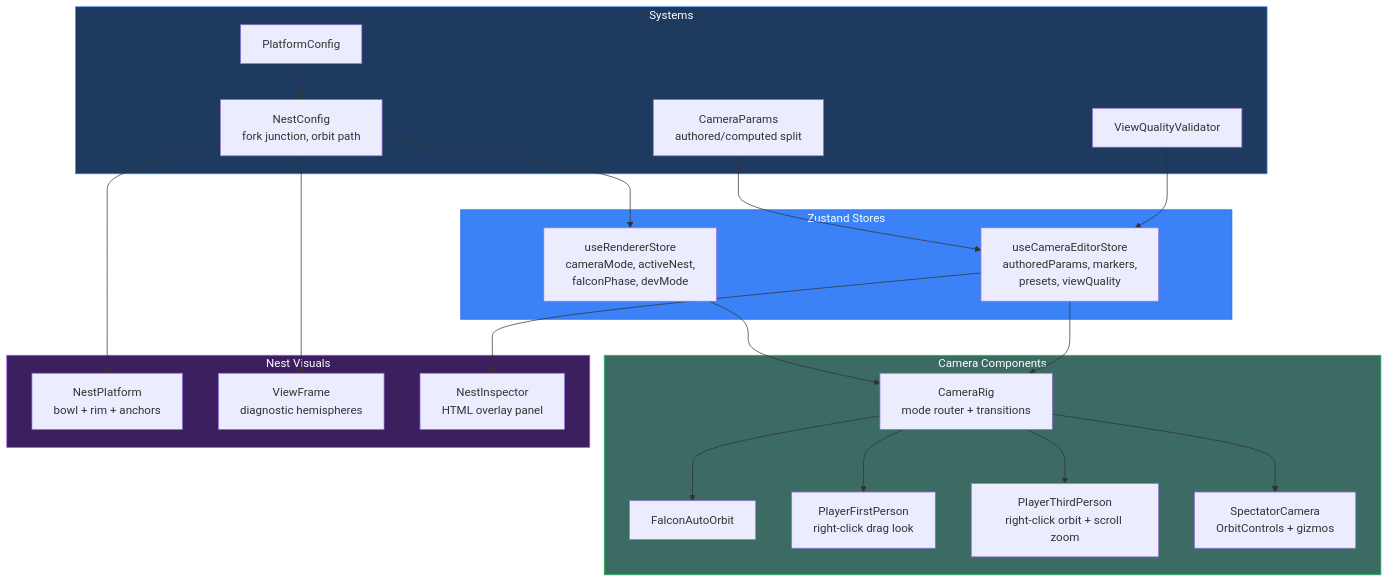
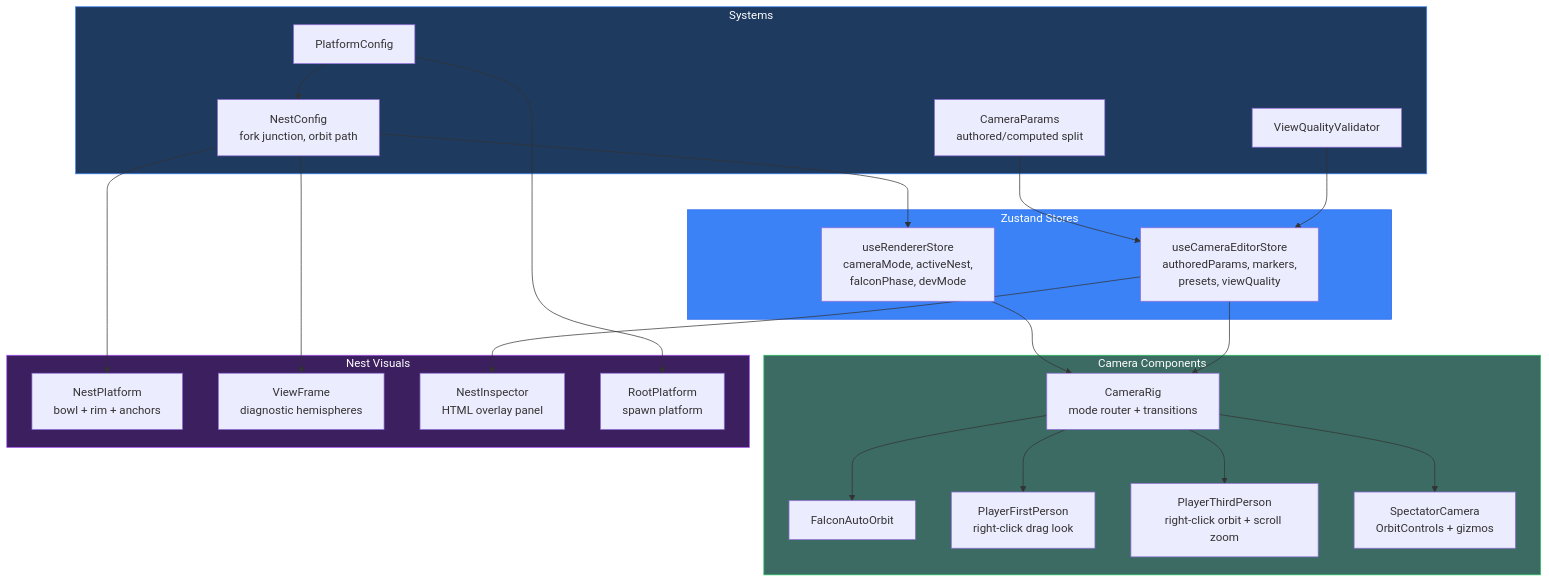
The diagram in docs/pr-descriptions/PR_DESCRIPTION_NEST_SYSTEM_VIEWFRAME.md (pastarita/dendrovia), drawn with Mermaid before and after one commit. The commit also changed other lines of this file, not shown here.

````diff
--- a/docs/pr-descriptions/PR_DESCRIPTION_NEST_SYSTEM_VIEWFRAME.md
+++ b/docs/pr-descriptions/PR_DESCRIPTION_NEST_SYSTEM_VIEWFRAME.md
@@ -53,47 +105,49 @@
 ```mermaid
 flowchart TB
     subgraph STORE["Zustand Stores"]
         RS["useRendererStore<br/>cameraMode, activeNest,<br/>falconPhase, devMode"]
         CES["useCameraEditorStore<br/>authoredParams, markers,<br/>presets, viewQuality"]
     end
 
     subgraph SYSTEMS["Systems"]
         NC["NestConfig<br/>fork junction, orbit path"]
         CP["CameraParams<br/>authored/computed split"]
         VQV["ViewQualityValidator"]
         PC["PlatformConfig"]
     end
 
     subgraph CAMERA["Camera Components"]
         CR["CameraRig<br/>mode router + transitions"]
         FAO["FalconAutoOrbit"]
         P1P["PlayerFirstPerson<br/>right-click drag look"]
         P3P["PlayerThirdPerson<br/>right-click orbit + scroll zoom"]
         SC["SpectatorCamera<br/>OrbitControls + gizmos"]
     end
 
     subgraph VISUALS["Nest Visuals"]
         NP["NestPlatform<br/>bowl + rim + anchors"]
         VF["ViewFrame<br/>diagnostic hemispheres"]
         NI["NestInspector<br/>HTML overlay panel"]
+        RP["RootPlatform<br/>spawn platform"]
     end
 
     PC --> NC
     NC --> RS
     CP --> CES
     RS --> CR
     CES --> CR
     CR --> FAO
     CR --> P1P
     CR --> P3P
     CR --> SC
     NC --> NP
     NC --> VF
     CES --> NI
     VQV --> CES
+    PC --> RP
 
     style STORE fill:#3b82f6,stroke:#2563eb,color:#ffffff
     style SYSTEMS fill:#1e3a5f,stroke:#3b82f6,color:#ffffff
     style CAMERA fill:#3c6b63,stroke:#22c55e,color:#ffffff
     style VISUALS fill:#3c1f5f,stroke:#A855F7,color:#ffffff
 ```
````
